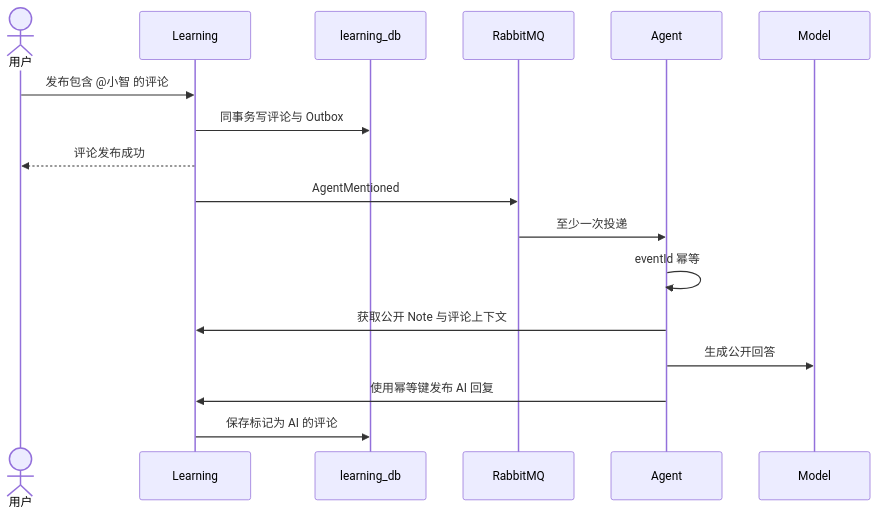
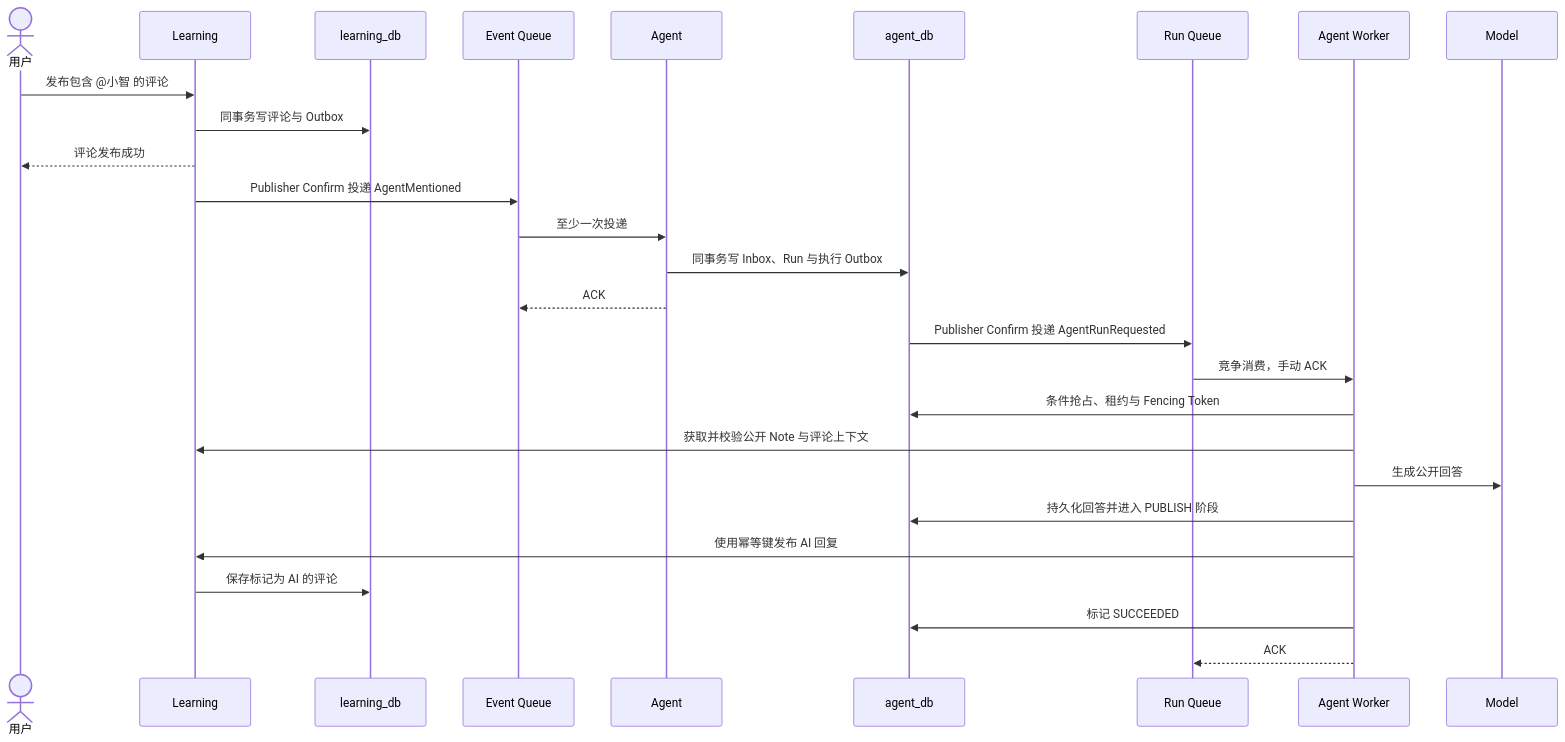
One commit to SarekCui/knowledge-workshop changed the third of 3 diagrams in docs/19-xiaozhi-agent-initial-design.md. Above: the diagram before and after it, drawn with Mermaid. The commit also changed other lines of this file and 50 other files, not shown here.

````diff
--- a/docs/19-xiaozhi-agent-initial-design.md
+++ b/docs/19-xiaozhi-agent-initial-design.md
@@ -157,20 +160,30 @@
 ```mermaid
 sequenceDiagram
     actor U as 用户
     participant L as Learning
     participant DB as learning_db
-    participant Q as RabbitMQ
+    participant EQ as Event Queue
     participant A as Agent
+    participant AD as agent_db
+    participant RQ as Run Queue
+    participant W as Agent Worker
     participant M as Model
 
     U->>L: 发布包含 @小智 的评论
     L->>DB: 同事务写评论与 Outbox
     L-->>U: 评论发布成功
-    L->>Q: AgentMentioned
-    Q->>A: 至少一次投递
-    A->>A: eventId 幂等
-    A->>L: 获取公开 Note 与评论上下文
-    A->>M: 生成公开回答
-    A->>L: 使用幂等键发布 AI 回复
+    L->>EQ: Publisher Confirm 投递 AgentMentioned
+    EQ->>A: 至少一次投递
+    A->>AD: 同事务写 Inbox、Run 与执行 Outbox
+    A-->>EQ: ACK
+    AD->>RQ: Publisher Confirm 投递 AgentRunRequested
+    RQ->>W: 竞争消费，手动 ACK
+    W->>AD: 条件抢占、租约与 Fencing Token
+    W->>L: 获取并校验公开 Note 与评论上下文
+    W->>M: 生成公开回答
+    W->>AD: 持久化回答并进入 PUBLISH 阶段
+    W->>L: 使用幂等键发布 AI 回复
     L->>DB: 保存标记为 AI 的评论
+    W->>AD: 标记 SUCCEEDED
+    W-->>RQ: ACK
 ```
````
